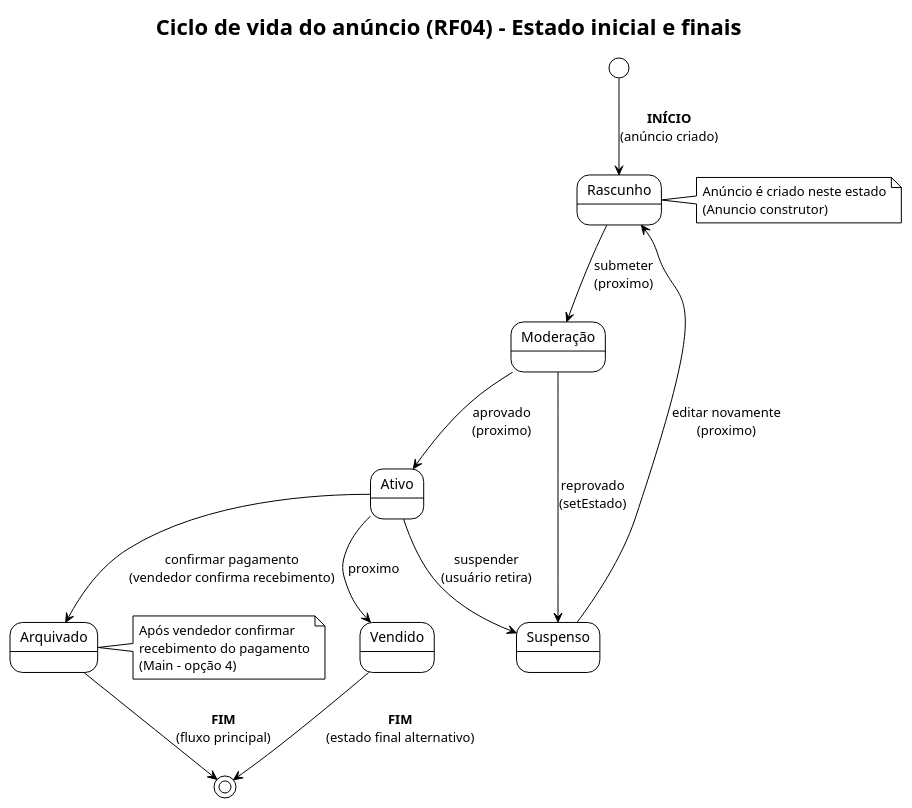
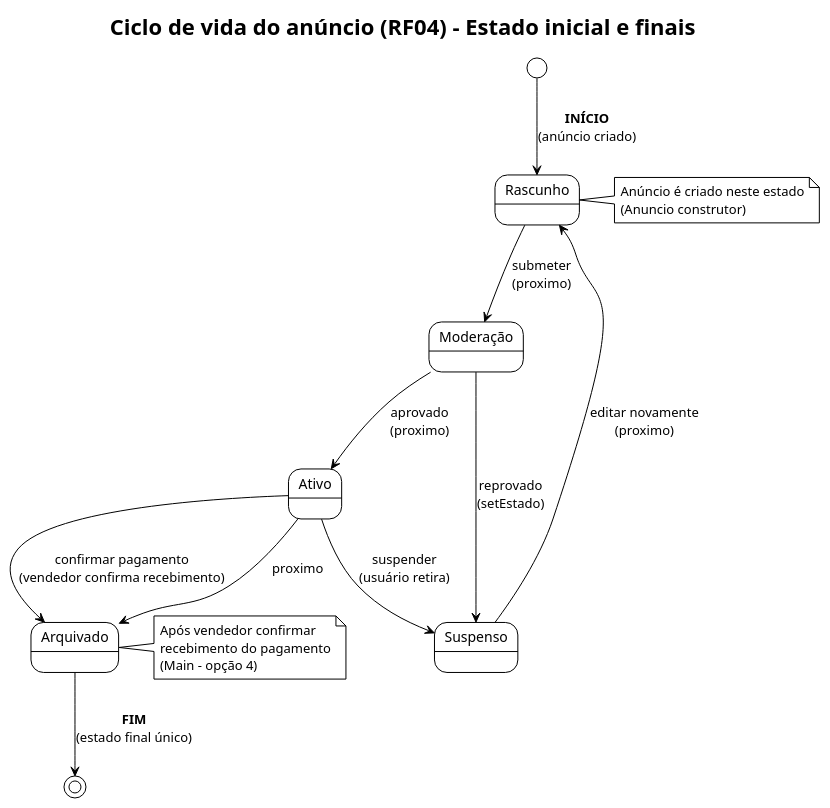
The diagram in docs/diagrama-estados-anuncio.puml (Leidianapatricio/myhome), drawn with PlantUML before and after one commit. The commit also changed 28 other files, not shown here.

```diff
--- a/docs/diagrama-estados-anuncio.puml
+++ b/docs/diagrama-estados-anuncio.puml
@@ -1,50 +1,46 @@
 @startuml diagrama-estados-anuncio
 !theme plain
 title Ciclo de vida do anúncio (RF04) – Estado inicial e finais
 
 state "Rascunho" as Rascunho {
 }
 
 state "Moderação" as Moderacao {
 }
 
 state "Ativo" as Ativo {
 }
 
 state "Suspenso" as Suspenso {
 }
 
-state "Vendido" as Vendido {
-}
-
 state "Arquivado" as Arquivado {
 }
 
 [*] --> Rascunho : **INÍCIO**\n(anúncio criado)
 
 Rascunho --> Moderacao : submeter\n(proximo)
 
 Moderacao --> Ativo : aprovado\n(proximo)
 Moderacao --> Suspenso : reprovado\n(setEstado)
 
 Suspenso --> Rascunho : editar novamente\n(proximo)
 
 Ativo --> Arquivado : confirmar pagamento\n(vendedor confirma recebimento)
+Ativo --> Arquivado : proximo
 Ativo --> Suspenso : suspender\n(usuário retira)
-Ativo --> Vendido : proximo
 
-Arquivado --> [*] : **FIM**\n(fluxo principal)
-Vendido --> [*] : **FIM**\n(estado final alternativo)
+Arquivado --> [*] : **FIM**\n(estado final único)
 
 note right of Rascunho
   Anúncio é criado neste estado
   (Anuncio construtor)
 end note
 
 note right of Arquivado
   Após vendedor confirmar
   recebimento do pagamento
   (Main – opção 4)
 end note
 
 @enduml
```
